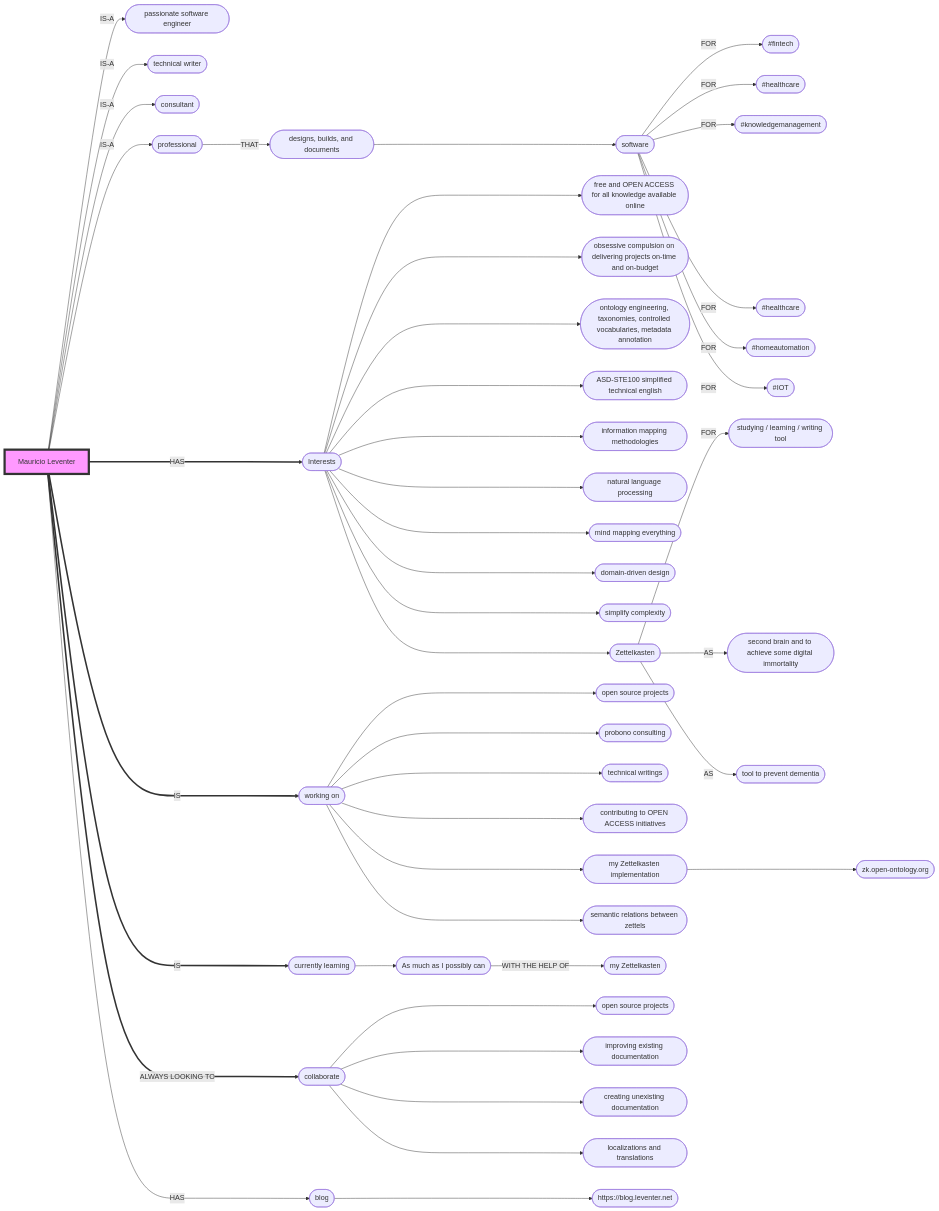
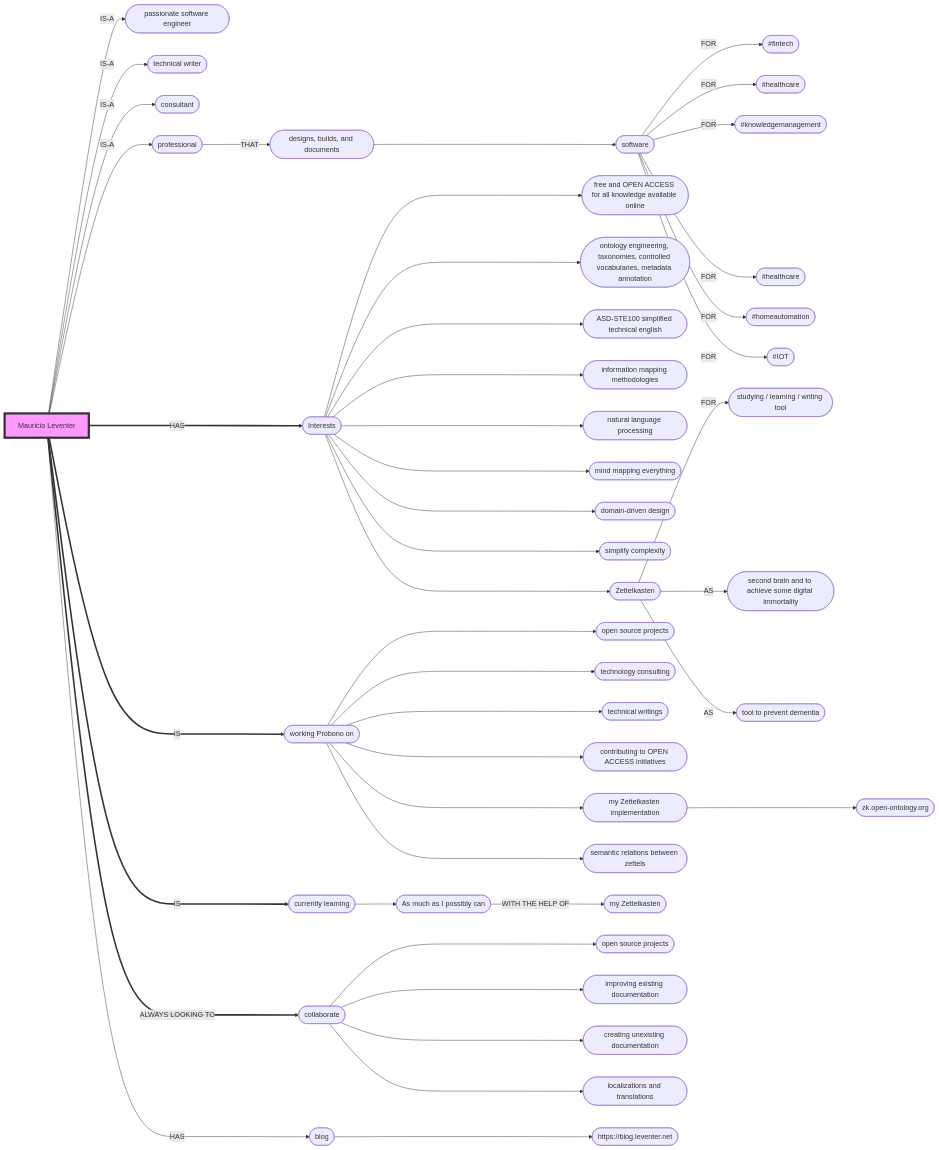
One commit to mleventer/mleventer changed the diagram in README.md. Above: the diagram before and after it, drawn with Mermaid. The commit also changed other lines of this file, not shown here.

````diff
--- a/README.md
+++ b/README.md
@@ -24,48 +24,47 @@
 ```mermaid
 flowchart LR
     A[Mauricio Leventer] -->|IS-A| A2([passionate software engineer])
     A -->|IS-A| A3([technical writer])
     A -->|IS-A| A4([consultant])
     A -->|IS-A| AA([professional])
     AA -->|THAT| A5([designs, builds, and documents])
     A5 ---> A6([software])
     A6 -->|FOR| A7([#fintech])
     A6 -->|FOR| A8([#healthcare])
     A6 -->|FOR| A9([#knowledgemanagement])
     A6 -->|FOR| A10([#healthcare])
     A6 -->|FOR| A11([#homeautomation])
     A6 -->|FOR| A12([#IOT])    
     A ===>|HAS| B([Interests])
     B ---> I1([free and OPEN ACCESS for all knowledge available online])
-    B ---> I2([obsessive compulsion on delivering projects on-time and on-budget])
     B ---> I3([ontology engineering, taxonomies, controlled vocabularies, metadata annotation])
     B ---> I4([ASD-STE100 simplified technical english])
     B ---> I5([information mapping methodologies])
     B ---> I6([natural language processing])
     B ---> I7([mind mapping everything]) 
     B ---> I8([domain-driven design]) 
     B ---> I9([simplify complexity]) 
     B ---> J([Zettelkasten])
     J -->|FOR| J1([studying / learning / writing tool]) 
     J -->|AS| J2([second brain and to achieve some digital immortality]) 
     J -->|AS| J3([tool to prevent dementia])
-    A ===>|IS| C([working on])
+    A ===>|IS| C([working Probono on])
     C ---> C1([open source projects])
-    C ---> C2([probono consulting])
+    C ---> C2([technology consulting])
     C ---> C3([technical writings])
     C ---> C4([contributing to OPEN ACCESS initiatives])
     C ---> H([my Zettelkasten implementation])
     H ---> H1([zk.open-ontology.org])
     C ---> H2([semantic relations between zettels])
     A ===>|IS| D([currently learning])
     D --> D1([As much as I possibly can])
     D1 -->|WITH THE HELP OF| D2([my Zettelkasten])
     A ===>|ALWAYS LOOKING TO|E([collaborate])
     E ---> E1([open source projects])
     E ---> E2([improving existing documentation])
     E ---> E3([creating unexisting documentation])
     E ---> E4([localizations and translations])
     A --->|HAS| F([blog])
     F ---> F1([https://blog.leventer.net])
     style A fill:#f9f,stroke:#333,stroke-width:5px
 ```
````
